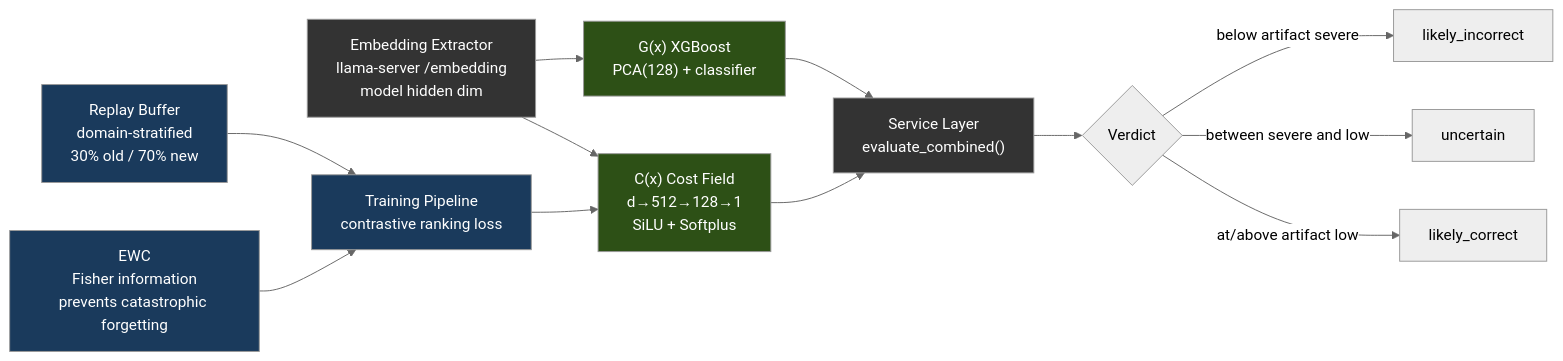
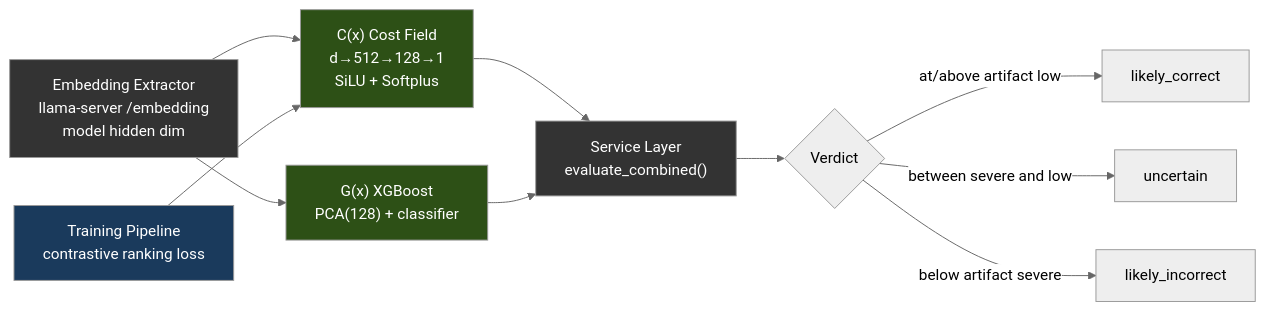
Before and after one commit to Anuj-72/Anuj-72-ATLAS: the fifth of 10 diagrams in docs/ARCHITECTURE.md, drawn with Mermaid (neutral theme). The commit also changed other lines of this file and 28 other files, not shown here.

````diff
--- a/docs/ARCHITECTURE.md
+++ b/docs/ARCHITECTURE.md
@@ -701,23 +698,19 @@
 ```mermaid
 graph LR
     EE["Embedding Extractor\nllama-server /embedding\nmodel hidden dim"] --> CX["C(x) Cost Field\nd→512→128→1\nSiLU + Softplus"]
     EE --> GX["G(x) XGBoost\nPCA(128) + classifier"]
     CX --> SVC["Service Layer\nevaluate_combined()"]
     GX --> SVC
     SVC --> V{"Verdict"}
     V -->|"at/above artifact low"| LC["likely_correct"]
     V -->|"between severe and low"| UN["uncertain"]
     V -->|"below artifact severe"| LI["likely_incorrect"]
 
     TR["Training Pipeline\ncontrastive ranking loss"] --> CX
-    EWC["EWC\nFisher information\nprevents catastrophic forgetting"] --> TR
-    RB["Replay Buffer\ndomain-stratified\n30% old / 70% new"] --> TR
 
     style EE fill:#333,color:#fff
     style CX fill:#2d5016,color:#fff
     style GX fill:#2d5016,color:#fff
     style SVC fill:#333,color:#fff
     style TR fill:#1a3a5c,color:#fff
-    style EWC fill:#1a3a5c,color:#fff
-    style RB fill:#1a3a5c,color:#fff
 ```
````
